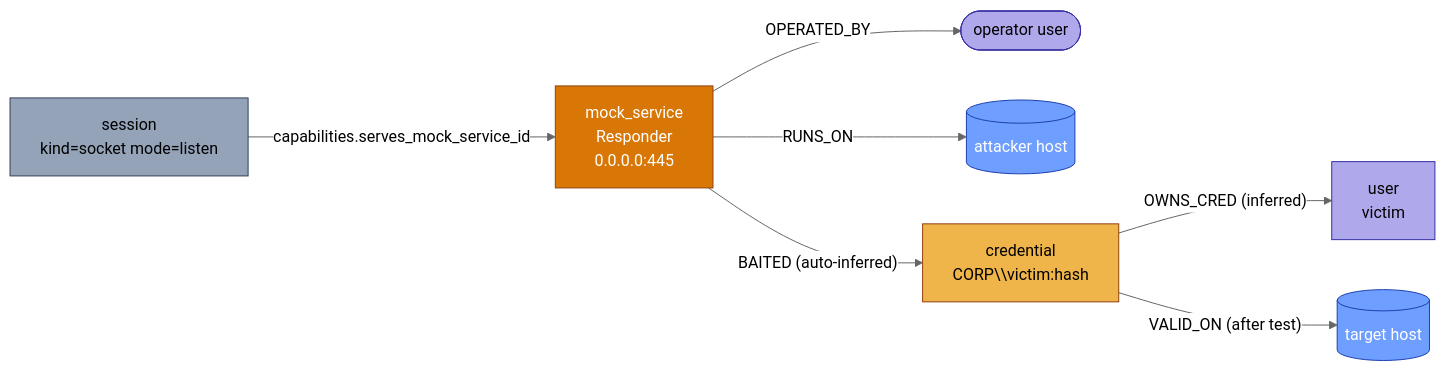
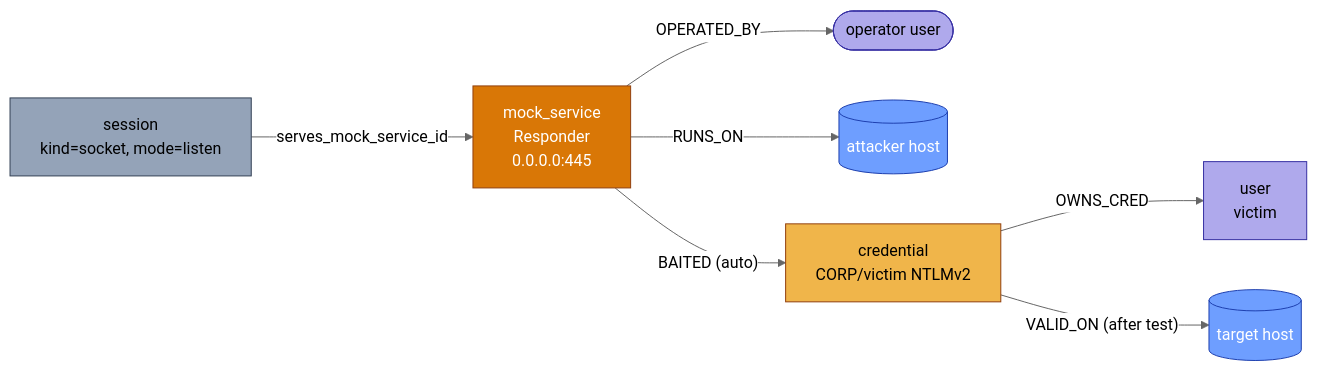
Before and after one commit to professor-moody/overwatch: the diagram in docs/concepts.md, drawn with Mermaid (neutral theme).

Commit message:
docs(concepts): fix mermaid syntax in capture-chain diagram
Quote labels containing special chars and replace the backslash-bearing
credential label so markdown doesn't pre-process it before mermaid sees
the block.

````diff
--- a/docs/concepts.md
+++ b/docs/concepts.md
@@ -166,23 +166,23 @@
 ```mermaid
 flowchart LR
     OP([operator user]):::user
-    MS[mock_service<br/>Responder<br/>0.0.0.0:445]:::mock
-    SESS[session<br/>kind=socket mode=listen]:::sess
+    MS["mock_service<br/>Responder<br/>0.0.0.0:445"]:::mock
+    SESS["session<br/>kind=socket, mode=listen"]:::sess
     HOST[(attacker host)]:::host
-    CRED[credential<br/>CORP\\victim:hash]:::cred
-    USR[user<br/>victim]:::user
+    CRED["credential<br/>CORP/victim NTLMv2"]:::cred
+    USR["user<br/>victim"]:::user
     TARGET[(target host)]:::host
 
-    SESS -- "capabilities.serves_mock_service_id" --> MS
-    MS -- "OPERATED_BY" --> OP
-    MS -- "RUNS_ON" --> HOST
-    MS -- "BAITED (auto-inferred)" --> CRED
-    CRED -- "OWNS_CRED (inferred)" --> USR
+    SESS -- "serves_mock_service_id" --> MS
+    MS -- OPERATED_BY --> OP
+    MS -- RUNS_ON --> HOST
+    MS -- "BAITED (auto)" --> CRED
+    CRED -- OWNS_CRED --> USR
     CRED -- "VALID_ON (after test)" --> TARGET
 
     classDef mock fill:#d97706,stroke:#92400e,color:#fff
     classDef cred fill:#f0b54a,stroke:#92400e,color:#000
     classDef user fill:#afa9ec,stroke:#3730a3,color:#000
     classDef host fill:#6e9eff,stroke:#1e40af,color:#fff
     classDef sess fill:#94a3b8,stroke:#334155,color:#000
 ```
````
